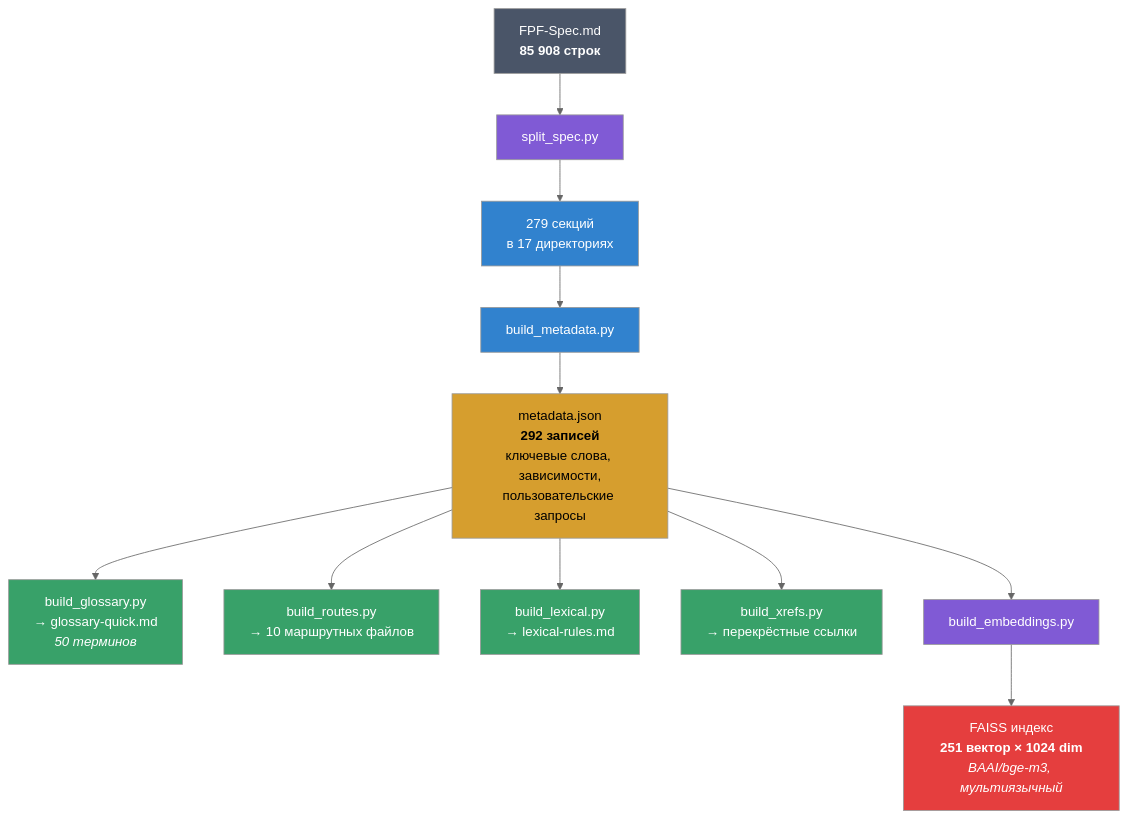
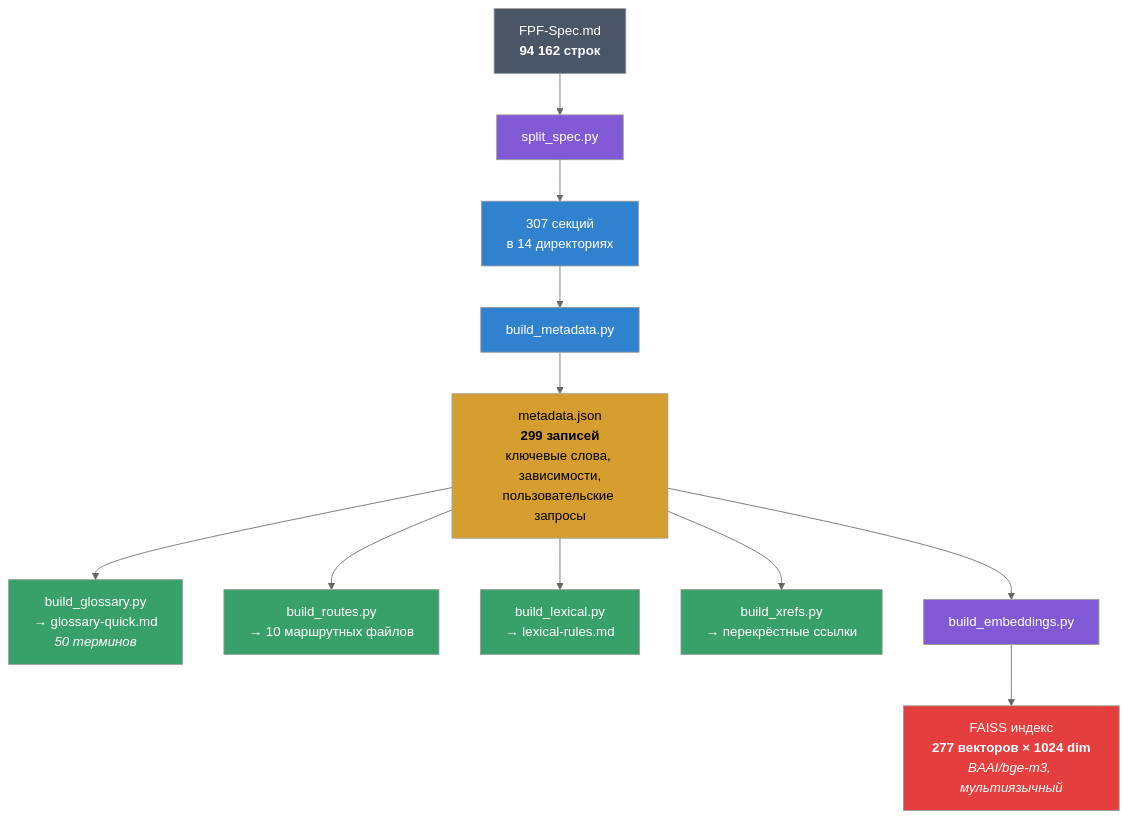
One commit to pokrovskiyv/FPF-agent changed the fourth of 4 diagrams in Readme.md. Above: the diagram before and after it, drawn with Mermaid (neutral theme). The commit also changed other lines of this file and 469 other files, not shown here.

````diff
--- a/Readme.md
+++ b/Readme.md
@@ -217,25 +217,25 @@
 ```mermaid
 graph TD
-    Spec["FPF-Spec.md<br/><b>85 908 строк</b>"] --> Split["split_spec.py"]
-    Split --> Sections["279 секций<br/>в 17 директориях"]
+    Spec["FPF-Spec.md<br/><b>94 162 строк</b>"] --> Split["split_spec.py"]
+    Split --> Sections["307 секций<br/>в 14 директориях"]
     Sections --> Meta["build_metadata.py"]
-    Meta --> MetaJSON["metadata.json<br/><b>292 записей</b><br/>ключевые слова, зависимости,<br/>пользовательские запросы"]
+    Meta --> MetaJSON["metadata.json<br/><b>299 записей</b><br/>ключевые слова, зависимости,<br/>пользовательские запросы"]
     MetaJSON --> Gloss["build_glossary.py<br/>→ glossary-quick.md<br/><i>50 терминов</i>"]
     MetaJSON --> Routes["build_routes.py<br/>→ 10 маршрутных файлов"]
     MetaJSON --> Lex["build_lexical.py<br/>→ lexical-rules.md"]
     MetaJSON --> XRef["build_xrefs.py<br/>→ перекрёстные ссылки"]
     MetaJSON --> Emb["build_embeddings.py"]
-    Emb --> FAISS["FAISS индекс<br/><b>251 вектор × 1024 dim</b><br/><i>BAAI/bge-m3, мультиязычный</i>"]
+    Emb --> FAISS["FAISS индекс<br/><b>277 векторов × 1024 dim</b><br/><i>BAAI/bge-m3, мультиязычный</i>"]
 
     style Spec fill:#4a5568,color:#fff
     style Split fill:#805ad5,color:#fff
     style Sections fill:#3182ce,color:#fff
     style Meta fill:#3182ce,color:#fff
     style MetaJSON fill:#d69e2e,color:#000
     style Gloss fill:#38a169,color:#fff
     style Routes fill:#38a169,color:#fff
     style Lex fill:#38a169,color:#fff
     style XRef fill:#38a169,color:#fff
     style Emb fill:#805ad5,color:#fff
     style FAISS fill:#e53e3e,color:#fff
 ```
````
